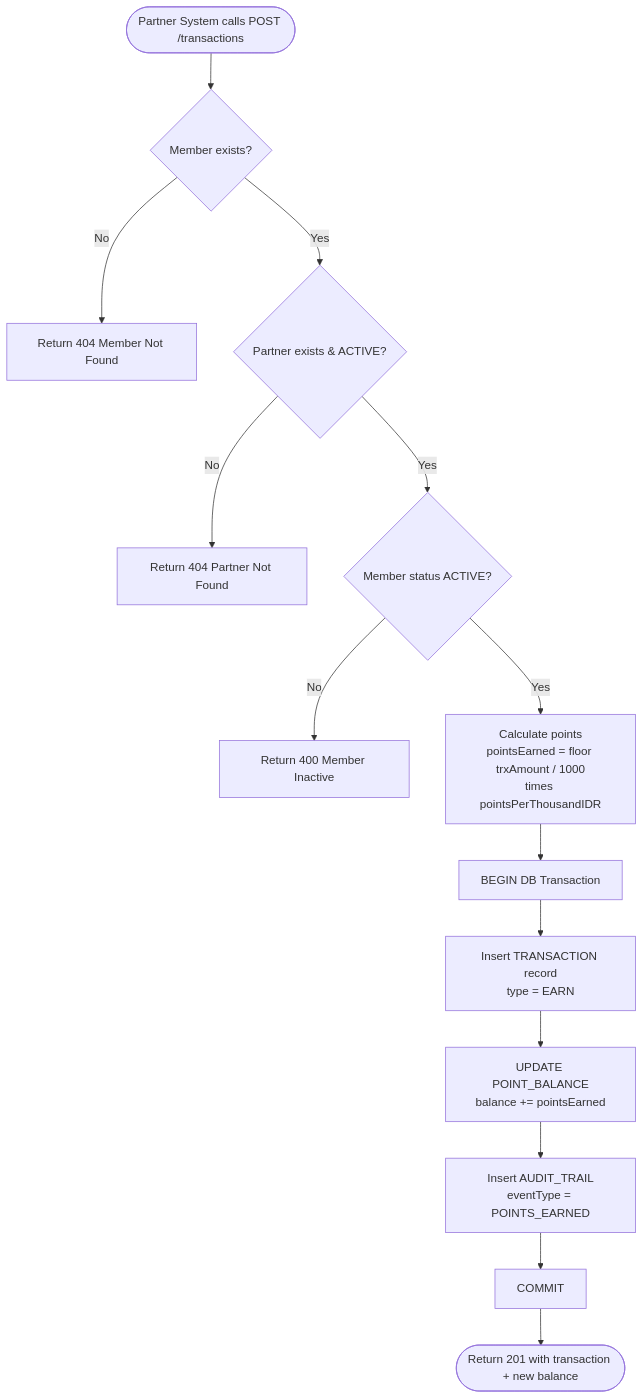
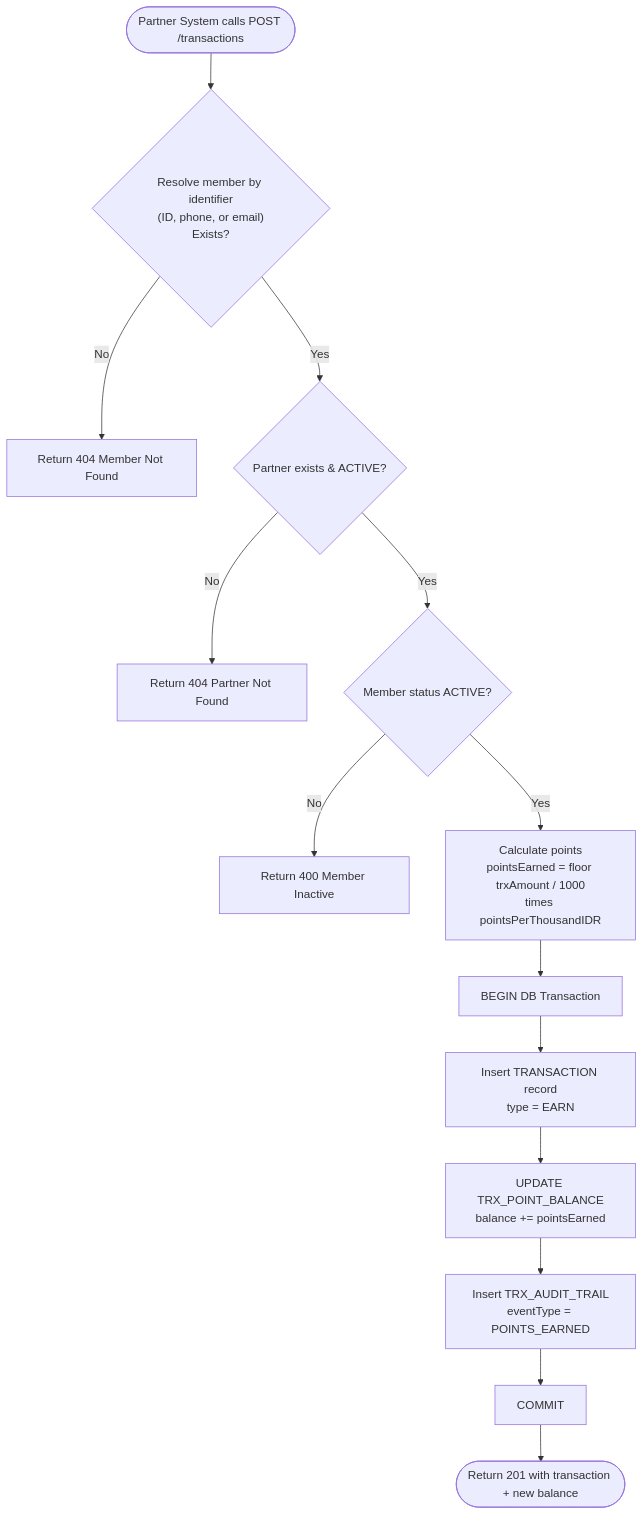
One commit to jtnqr/JDT-17-LOYALTY changed the second of 4 diagrams in TSD.md. Above: the diagram before and after it, drawn with Mermaid. The commit also changed other lines of this file and 4 other files, not shown here.

First line of the commit message:
docs: update loyalty platform specifications and architecture

````diff
--- a/TSD.md
+++ b/TSD.md
@@ -139,16 +123,16 @@
 ```mermaid
 flowchart TD
-    A([Partner System calls POST /transactions]) --> B{Member exists?}
+    A([Partner System calls POST /transactions]) --> B{"Resolve member by identifier<br>(ID, phone, or email)<br>Exists?"}
     B -- No --> ERR1[Return 404 Member Not Found]
     B -- Yes --> C{Partner exists & ACTIVE?}
     C -- No --> ERR2[Return 404 Partner Not Found]
     C -- Yes --> D{Member status ACTIVE?}
     D -- No --> ERR3[Return 400 Member Inactive]
-    D -- Yes --> E[Calculate points\npointsEarned = floor trxAmount / 1000\ntimes pointsPerThousandIDR]
+    D -- Yes --> E["Calculate points<br>pointsEarned = floor trxAmount / 1000<br>times pointsPerThousandIDR"]
     E --> F[BEGIN DB Transaction]
-    F --> G[Insert TRANSACTION record\ntype = EARN]
-    G --> H[UPDATE POINT_BALANCE\nbalance += pointsEarned]
-    H --> I[Insert AUDIT_TRAIL\neventType = POINTS_EARNED]
+    F --> G["Insert TRANSACTION record<br>type = EARN"]
+    G --> H["UPDATE TRX_POINT_BALANCE<br>balance += pointsEarned"]
+    H --> I["Insert TRX_AUDIT_TRAIL<br>eventType = POINTS_EARNED"]
     I --> J[COMMIT]
     J --> K([Return 201 with transaction + new balance])
 ```
````
